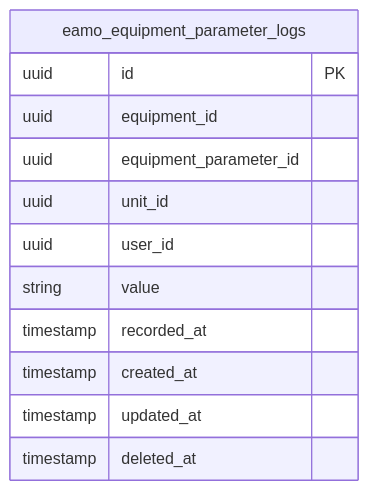
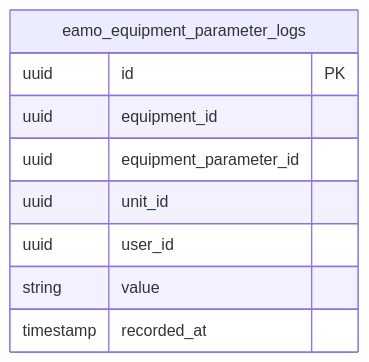
Before and after one commit to LavioDev/eam-mes-package: the seventh of 7 diagrams in docs/modules_and_db.md, drawn with Mermaid. The commit also changed 4 other files, not shown here.

````diff
--- a/docs/modules_and_db.md
+++ b/docs/modules_and_db.md
@@ -229,15 +229,12 @@
 ```mermaid
 erDiagram
     eamo_equipment_parameter_logs {
         uuid id PK
         uuid equipment_id
         uuid equipment_parameter_id
         uuid unit_id
         uuid user_id
         string value
         timestamp recorded_at
-        timestamp created_at
-        timestamp updated_at
-        timestamp deleted_at
     }
 ```
````
